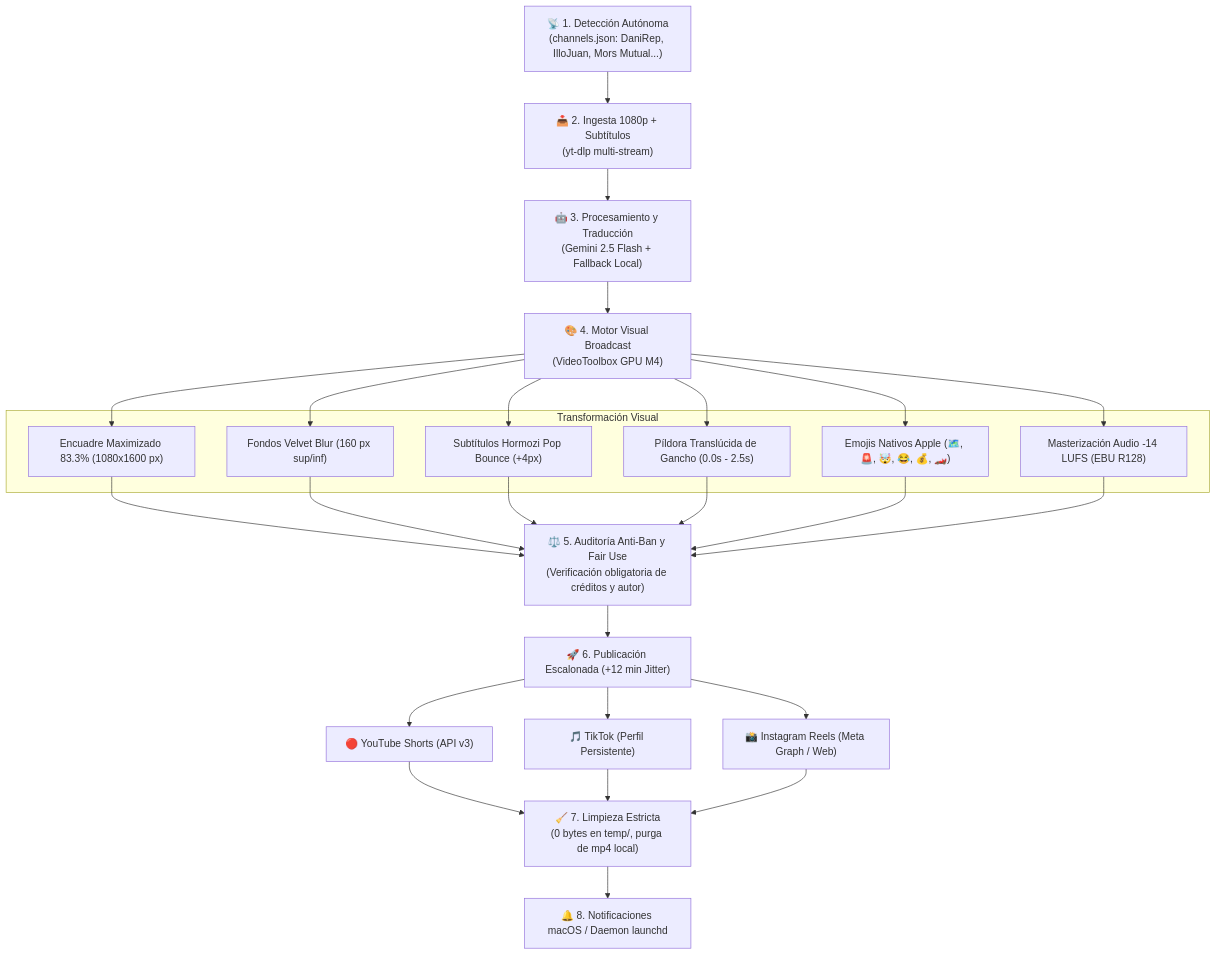
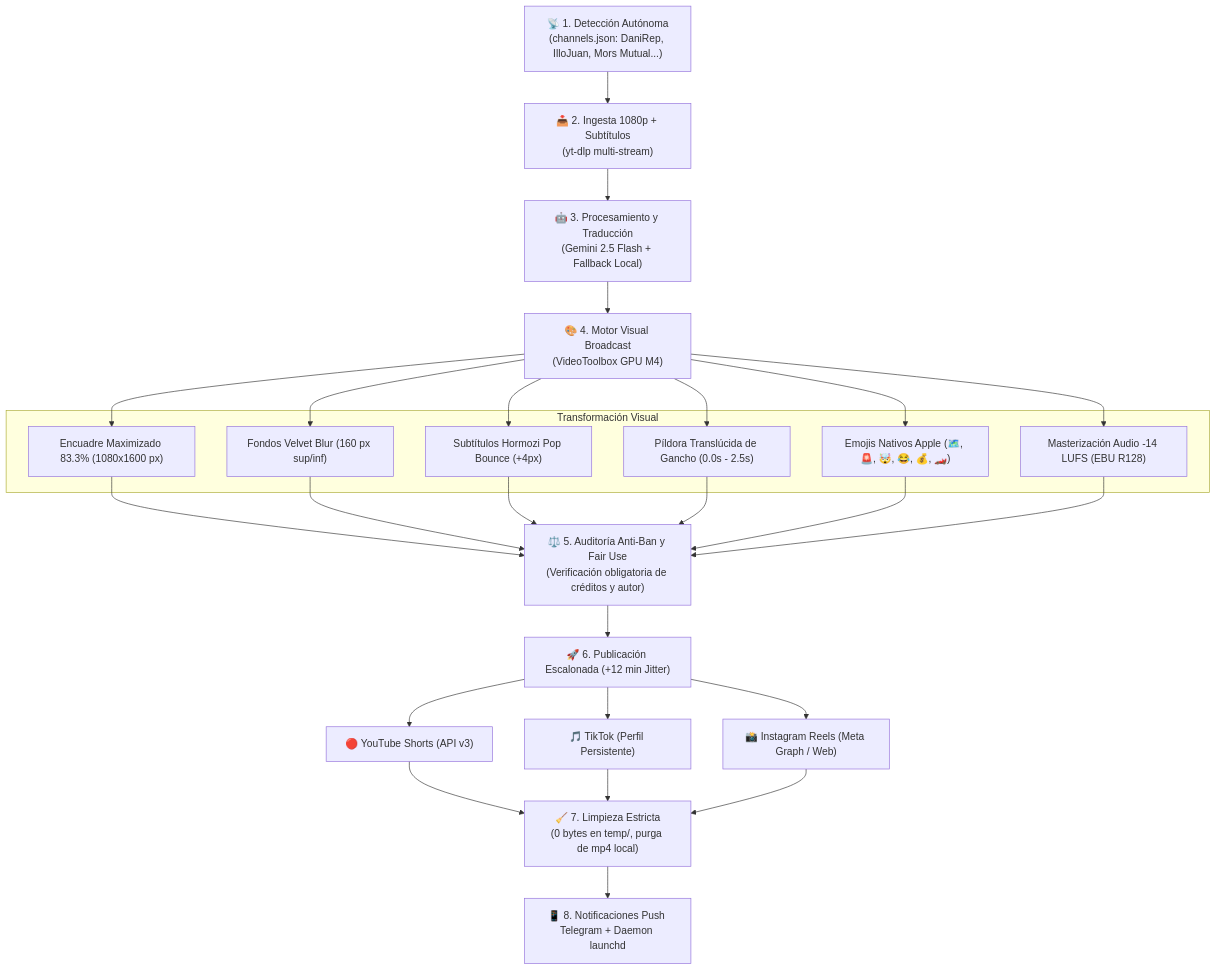
One commit to gtrujillovdev-cyber/GTAVIHub changed the diagram in README.md. Above: the diagram before and after it, drawn with Mermaid. The commit also changed other lines of this file and 10 other files, not shown here.

````diff
--- a/README.md
+++ b/README.md
@@ -31,26 +31,26 @@
 ```mermaid
 flowchart TD
     A["📡 1. Detección Autónoma\n(channels.json: DaniRep, IlloJuan, Mors Mutual...)"] --> B["📥 2. Ingesta 1080p + Subtítulos\n(yt-dlp multi-stream)"]
     B --> C["🤖 3. Procesamiento y Traducción\n(Gemini 2.5 Flash + Fallback Local)"]
     C --> D["🎨 4. Motor Visual Broadcast\n(VideoToolbox GPU M4)"]
     
     subgraph Transformación Visual
         D1["Encuadre Maximizado 83.3% (1080x1600 px)"]
         D2["Fondos Velvet Blur (160 px sup/inf)"]
         D3["Subtítulos Hormozi Pop Bounce (+4px)"]
         D4["Píldora Translúcida de Gancho (0.0s - 2.5s)"]
         D5["Emojis Nativos Apple (🗺️, 🚨, 🤯, 😂, 💰, 🏎️)"]
         D6["Masterización Audio -14 LUFS (EBU R128)"]
     end
     D --> D1 & D2 & D3 & D4 & D5 & D6
     
     D1 & D2 & D3 & D4 & D5 & D6 --> E["⚖️ 5. Auditoría Anti-Ban y Fair Use\n(Verificación obligatoria de créditos y autor)"]
     E --> F["🚀 6. Publicación Escalonada (+12 min Jitter)"]
     
     F --> G1["🔴 YouTube Shorts (API v3)"]
     F --> G2["🎵 TikTok (Perfil Persistente)"]
     F --> G3["📸 Instagram Reels (Meta Graph / Web)"]
     
     G1 & G2 & G3 --> H["🧹 7. Limpieza Estricta\n(0 bytes en temp/, purga de mp4 local)"]
-    H --> I["🔔 8. Notificaciones macOS / Daemon launchd"]
+    H --> I["📱 8. Notificaciones Push Telegram + Daemon launchd"]
 ```
````
